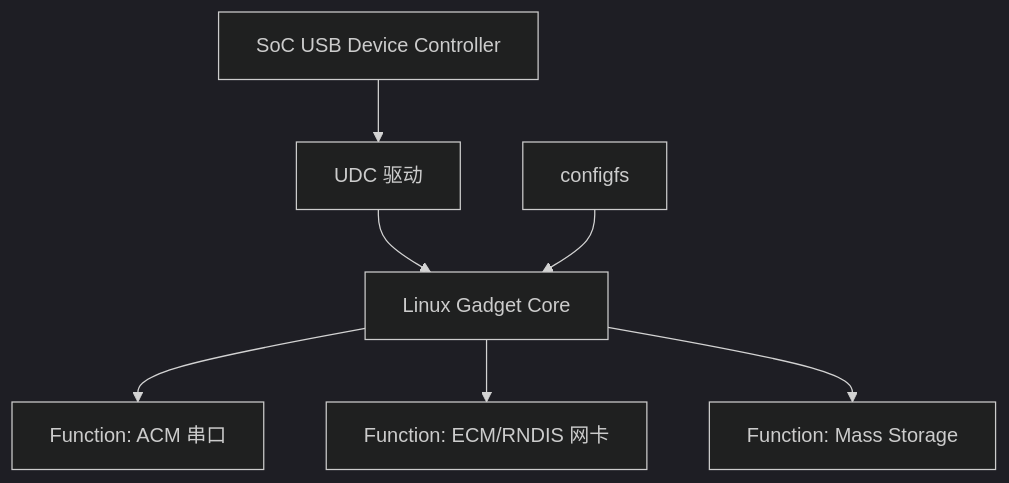
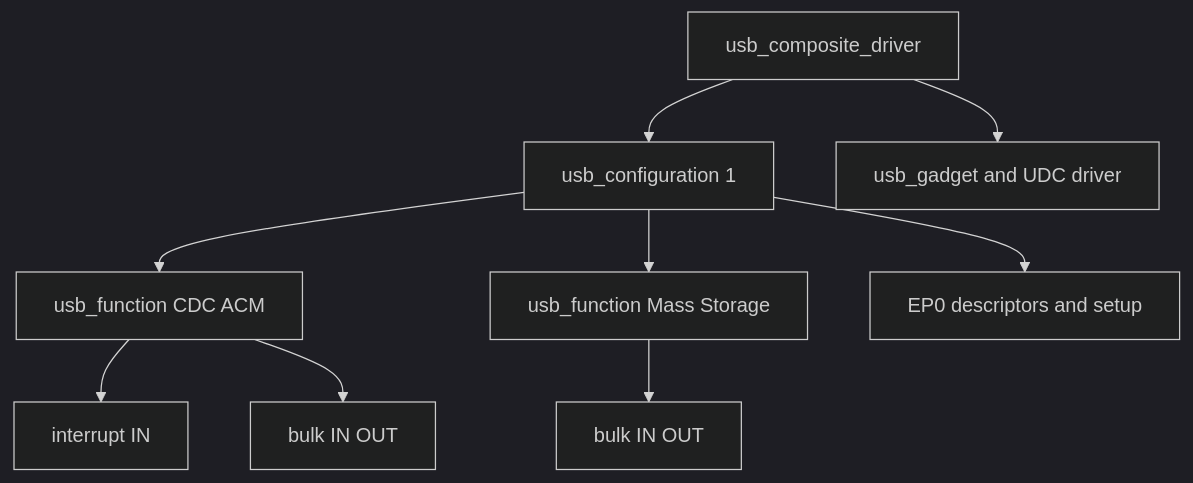
The diagram in docs/articles/usb/usb-06-usb-gadget-intro.md (cdragon-ljl/EEandEdgeAI), drawn with Mermaid (dark theme) before and after one commit. The commit also changed other lines of this file and 5 other files, not shown here.

Commit message:
docs(usb): rewrite Linux guides and add CherryUSB

````diff
--- a/docs/articles/usb/usb-06-usb-gadget-intro.md
+++ b/docs/articles/usb/usb-06-usb-gadget-intro.md
@@ -55,9 +30,11 @@
 ```mermaid
-flowchart TD
-    A[SoC USB Device Controller] --> B[UDC 驱动]
-    B --> C[Linux Gadget Core]
-    C --> D[Function: ACM 串口]
-    C --> E[Function: ECM/RNDIS 网卡]
-    C --> F[Function: Mass Storage]
-    G[configfs] --> C
+flowchart TB
+    D[usb_composite_driver] --> C1[usb_configuration 1]
+    C1 --> F1[usb_function CDC ACM]
+    C1 --> F2[usb_function Mass Storage]
+    F1 --> E1[interrupt IN]
+    F1 --> E2[bulk IN OUT]
+    F2 --> E3[bulk IN OUT]
+    C1 --> EP0[EP0 descriptors and setup]
+    D --> UDC[usb_gadget and UDC driver]
 ```
````
